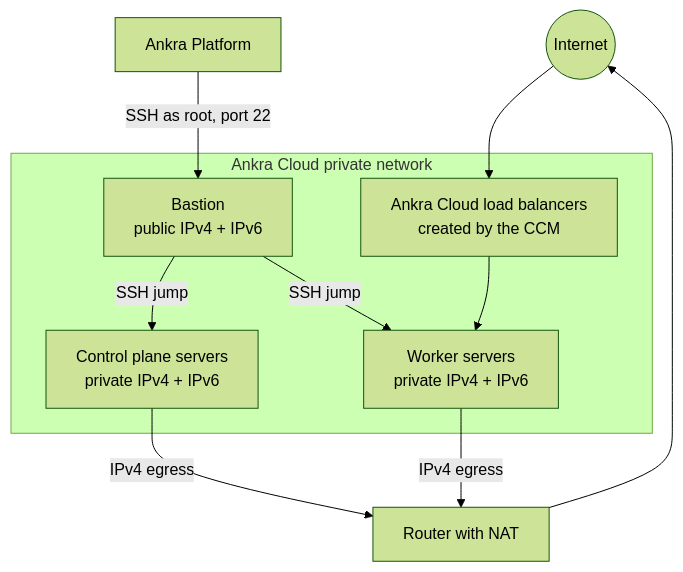
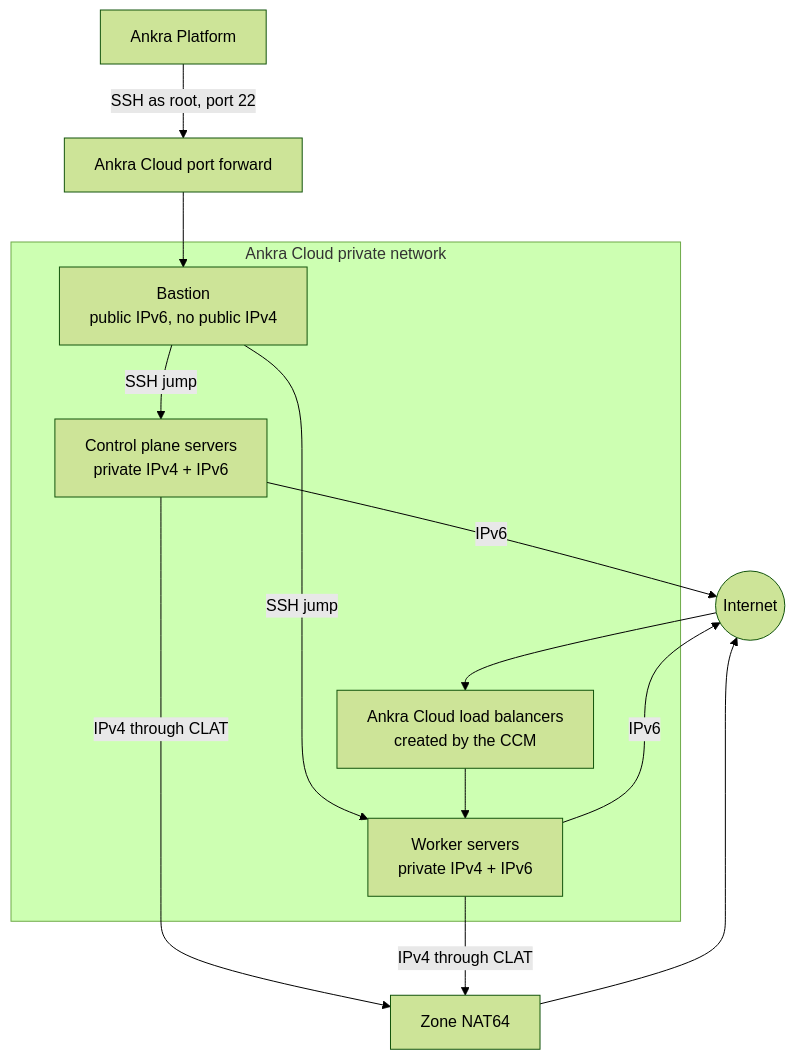
One commit to ankraio/ankra-docs changed the diagram in guides/ankra-cloud-clusters.mdx. Above: the diagram before and after it, drawn with Mermaid (forest theme). The commit also changed other lines of this file and 1 other file, not shown here.

````diff
--- a/guides/ankra-cloud-clusters.mdx
+++ b/guides/ankra-cloud-clusters.mdx
@@ -136,23 +144,26 @@
 ```mermaid
 flowchart TB
     Internet((Internet))
     Platform[Ankra Platform]
+    PF[Ankra Cloud port forward]
+    NAT64[Zone NAT64]
 
     subgraph Network [Ankra Cloud private network]
-        Bastion[Bastion<br/>public IPv4 + IPv6]
+        Bastion[Bastion<br/>public IPv6, no public IPv4]
         CP[Control plane servers<br/>private IPv4 + IPv6]
         Workers[Worker servers<br/>private IPv4 + IPv6]
         LB[Ankra Cloud load balancers<br/>created by the CCM]
     end
 
-    Router[Router with NAT]
-
-    Platform -->|SSH as root, port 22| Bastion
+    Platform -->|SSH as root, port 22| PF
+    PF --> Bastion
     Bastion -->|SSH jump| CP
     Bastion -->|SSH jump| Workers
-    CP -->|IPv4 egress| Router
-    Workers -->|IPv4 egress| Router
-    Router --> Internet
+    CP -->|IPv6| Internet
+    Workers -->|IPv6| Internet
+    CP -->|IPv4 through CLAT| NAT64
+    Workers -->|IPv4 through CLAT| NAT64
+    NAT64 --> Internet
     Internet --> LB
     LB --> Workers
 ```
````
